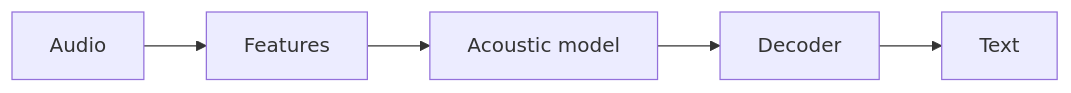
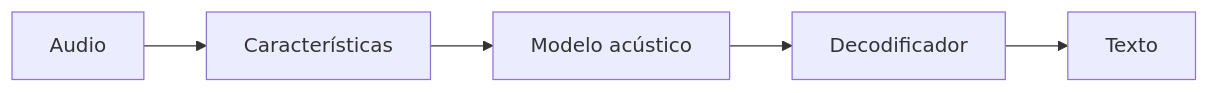
The diagram in i18n/es/docusaurus-plugin-content-docs/current/speech-recognition/index.md (EmersonBraun/ai-summary-hub), drawn with Mermaid before and after one commit. The commit also changed other lines of this file and 230 other files, not shown here.

````diff
--- a/i18n/es/docusaurus-plugin-content-docs/current/speech-recognition/index.md
+++ b/i18n/es/docusaurus-plugin-content-docs/current/speech-recognition/index.md
@@ -17,7 +19,7 @@
 ```mermaid
 flowchart LR
-  Audio[Audio] --> Features[Features]
-  Features --> AcousticModel[Acoustic model]
-  AcousticModel --> Decoder[Decoder]
-  Decoder --> Text[Text]
+  Audio[Audio] --> Features[Características]
+  Features --> AcousticModel[Modelo acústico]
+  AcousticModel --> Decoder[Decodificador]
+  Decoder --> Text[Texto]
 ```
````
